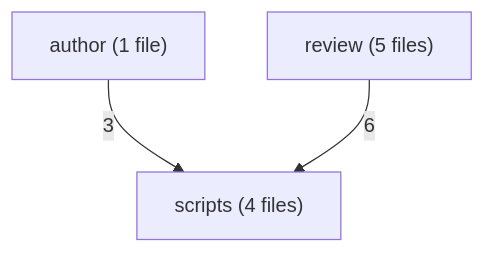
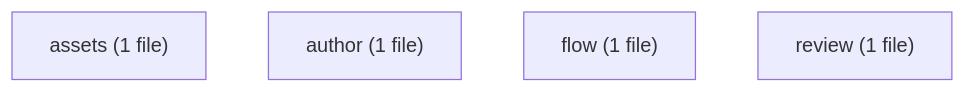
One commit to alecegg/varde changed the first of 5 diagrams in skills/varde-agent-doc-authoring/FLOW.md. Above: the diagram before and after it, drawn with Mermaid. The commit also changed other lines of this file and 1293 other files, not shown here.

````diff
--- a/skills/varde-agent-doc-authoring/FLOW.md
+++ b/skills/varde-agent-doc-authoring/FLOW.md
@@ -24,8 +22,7 @@
 ```mermaid
 flowchart TD
-  m0["author (1 file)"]
-  m1["review (5 files)"]
-  m2["scripts (4 files)"]
-  m0 -->|"3"| m2
-  m1 -->|"6"| m2
+  m0["assets (1 file)"]
+  m1["author (1 file)"]
+  m2["flow (1 file)"]
+  m3["review (1 file)"]
 ```
````
